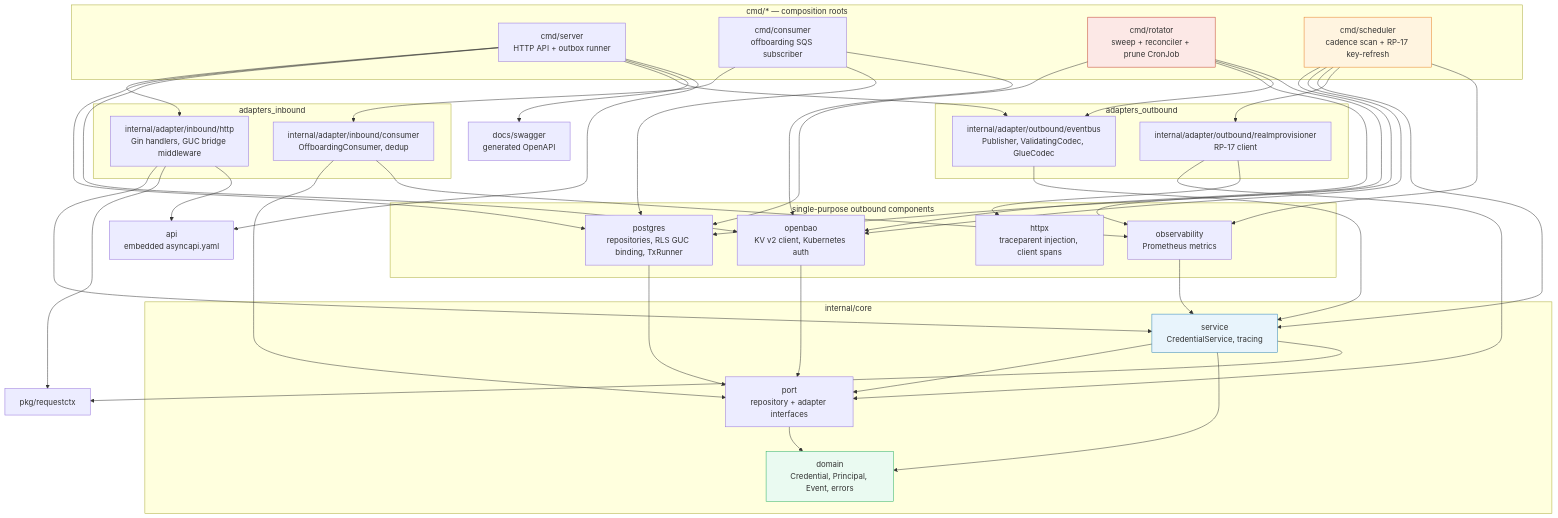
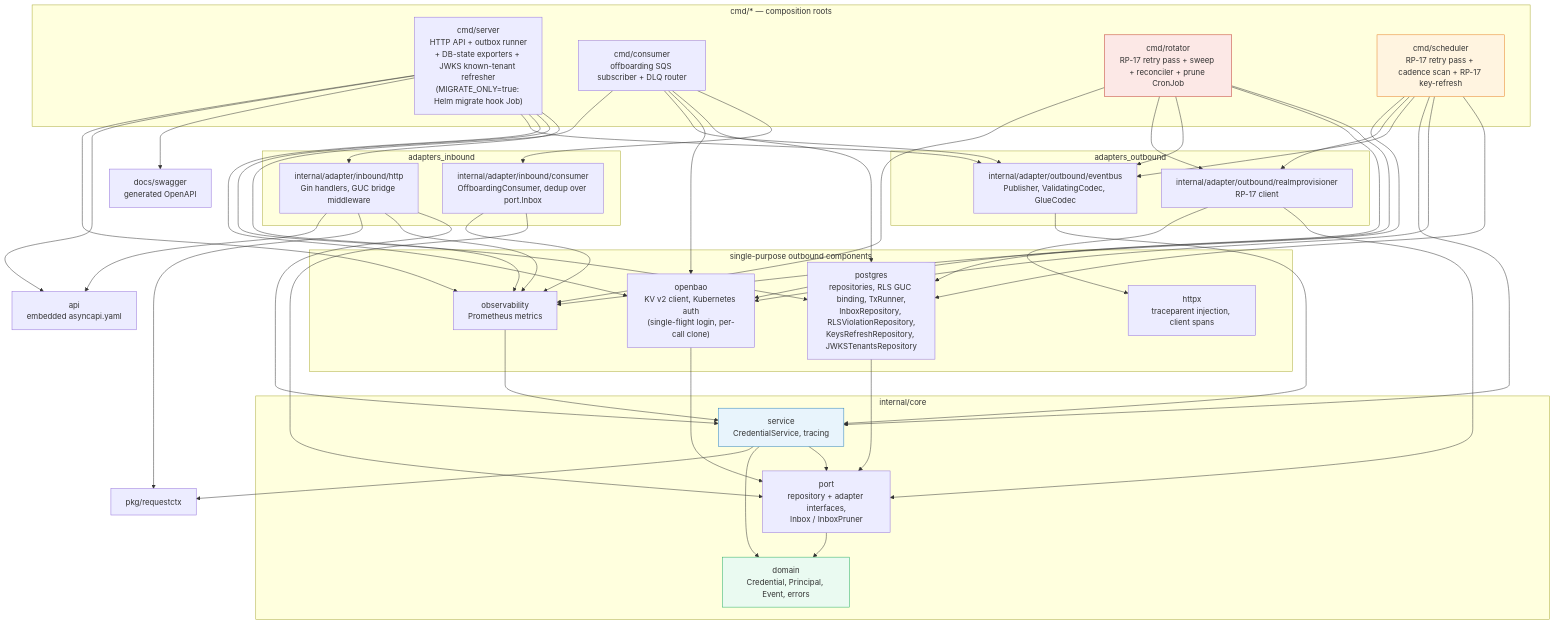
The first of 13 diagrams in ARCHITECTURE.md (BCBP-SOLUTIONS-FZC-LLC/iam-token-service), drawn with Mermaid before and after one commit. The commit also changed other lines of this file and 234 other files, not shown here.

````diff
--- a/ARCHITECTURE.md
+++ b/ARCHITECTURE.md
@@ -30,15 +30,15 @@
 ```mermaid
 graph TD
     subgraph cmd["cmd/* — composition roots"]
-        SERVER["cmd/server<br/>HTTP API + outbox runner"]
-        CONSUMER["cmd/consumer<br/>offboarding SQS subscriber"]
-        ROTATOR["cmd/rotator<br/>sweep + reconciler + prune CronJob"]
-        SCHEDULER["cmd/scheduler<br/>cadence scan + RP-17 key-refresh"]
+        SERVER["cmd/server<br/>HTTP API + outbox runner<br/>+ DB-state exporters + JWKS known-tenant refresher<br/>(MIGRATE_ONLY=true: Helm migrate hook Job)"]
+        CONSUMER["cmd/consumer<br/>offboarding SQS subscriber + DLQ router"]
+        ROTATOR["cmd/rotator<br/>RP-17 retry pass + sweep + reconciler + prune CronJob"]
+        SCHEDULER["cmd/scheduler<br/>RP-17 retry pass + cadence scan + RP-17 key-refresh"]
     end
 
     subgraph inbound["adapters_inbound"]
         HTTP["internal/adapter/inbound/http<br/>Gin handlers, GUC bridge middleware"]
-        CONS["internal/adapter/inbound/consumer<br/>OffboardingConsumer, dedup"]
+        CONS["internal/adapter/inbound/consumer<br/>OffboardingConsumer, dedup over port.Inbox"]
     end
 
     subgraph outbound["adapters_outbound"]
@@ -47,15 +47,15 @@
     end
 
     subgraph isolated["single-purpose outbound components"]
-        POSTGRES["postgres<br/>repositories, RLS GUC binding, TxRunner"]
-        OPENBAO["openbao<br/>KV v2 client, Kubernetes auth"]
+        POSTGRES["postgres<br/>repositories, RLS GUC binding, TxRunner,<br/>InboxRepository, RLSViolationRepository,<br/>KeysRefreshRepository, JWKSTenantsRepository"]
+        OPENBAO["openbao<br/>KV v2 client, Kubernetes auth<br/>(single-flight login, per-call clone)"]
         HTTPX["httpx<br/>traceparent injection, client spans"]
         OBS["observability<br/>Prometheus metrics"]
     end
 
     subgraph core["internal/core"]
         SERVICE["service<br/>CredentialService, tracing"]
-        PORT["port<br/>repository + adapter interfaces"]
+        PORT["port<br/>repository + adapter interfaces,<br/>Inbox / InboxPruner"]
         DOMAIN["domain<br/>Credential, Principal, Event, errors"]
     end
 
@@ -69,20 +69,26 @@
     SERVER --> EVENTBUS
     SERVER --> SWAGGERDOCS
     SERVER --> APISPEC
+    SERVER --> OBS
     CONSUMER --> CONS
     CONSUMER --> POSTGRES
     CONSUMER --> OPENBAO
+    CONSUMER --> EVENTBUS
+    CONSUMER --> OBS
     ROTATOR --> POSTGRES
     ROTATOR --> OPENBAO
     ROTATOR --> EVENTBUS
+    ROTATOR --> REALMPROV
     ROTATOR --> OBS
     SCHEDULER --> POSTGRES
     SCHEDULER --> OPENBAO
     SCHEDULER --> SERVICE
+    SCHEDULER --> EVENTBUS
     SCHEDULER --> REALMPROV
     SCHEDULER --> OBS
 
     HTTP --> SERVICE
+    HTTP --> OBS
     CONS --> PORT
     CONS --> OBS
     EVENTBUS --> SERVICE
````
